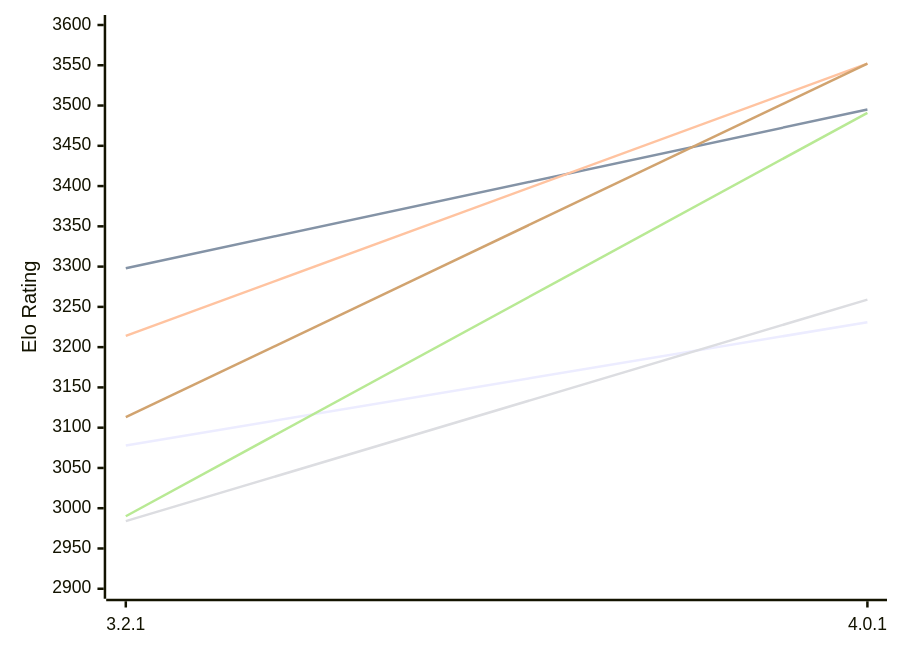
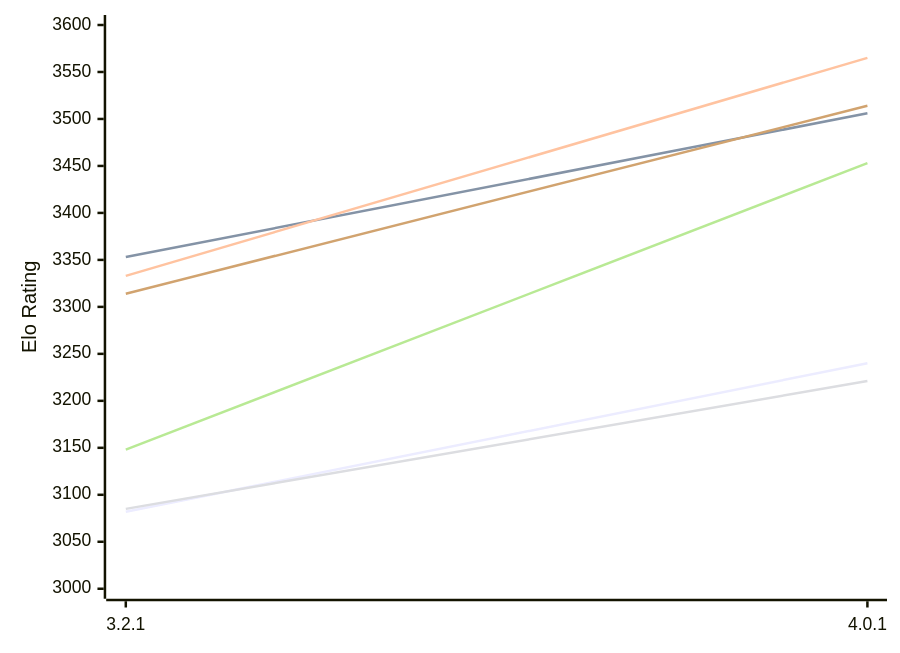
Before and after one commit to computer-chess-index/cci: the first of 2 diagrams in engines/Prune.md, drawn with Mermaid. The commit also changed other lines of this file, not shown here.

Commit message:
Update CCI Ratings (ELO VLTC) - 2026-11-14

````diff
--- a/engines/Prune.md
+++ b/engines/Prune.md
@@ -56,12 +56,12 @@
 ```mermaid
 %%{init: {"theme":"base","themeVariables":{"seriesColors:['#a3a3a3','#222221','#faa371']}}}%%
 xychart-beta
   x-axis ["3.2.1", "4.0.1"]
-  y-axis "Elo Rating" 2900 --> 3600
-  line "E1: STC (8.0+0.08s)" [3078, 3231]
-  line "E1: LTC (60.0+0.60s)" [3298, 3495]
-  line "E1: VLTC (2m24s+1.12s)" [3214, 3552]
-  line "P1: STC (8.0+0.08s)" [2984, 3259]
-  line "P1: LTC (60.0+0.60s)" [2990, 3491]
-  line "P1: VLTC (2m24s+1.12s)" [3113, 3552]
+  y-axis "Elo Rating" 3000 --> 3600
+  line "E1: STC (8.0+0.08s)" [3082, 3240]
+  line "E1: LTC (60.0+0.60s)" [3353, 3506]
+  line "E1: VLTC (2m24s+1.12s)" [3333, 3565]
+  line "P1: STC (8.0+0.08s)" [3085, 3221]
+  line "P1: LTC (60.0+0.60s)" [3148, 3453]
+  line "P1: VLTC (2m24s+1.12s)" [3314, 3514]
 ```
````
